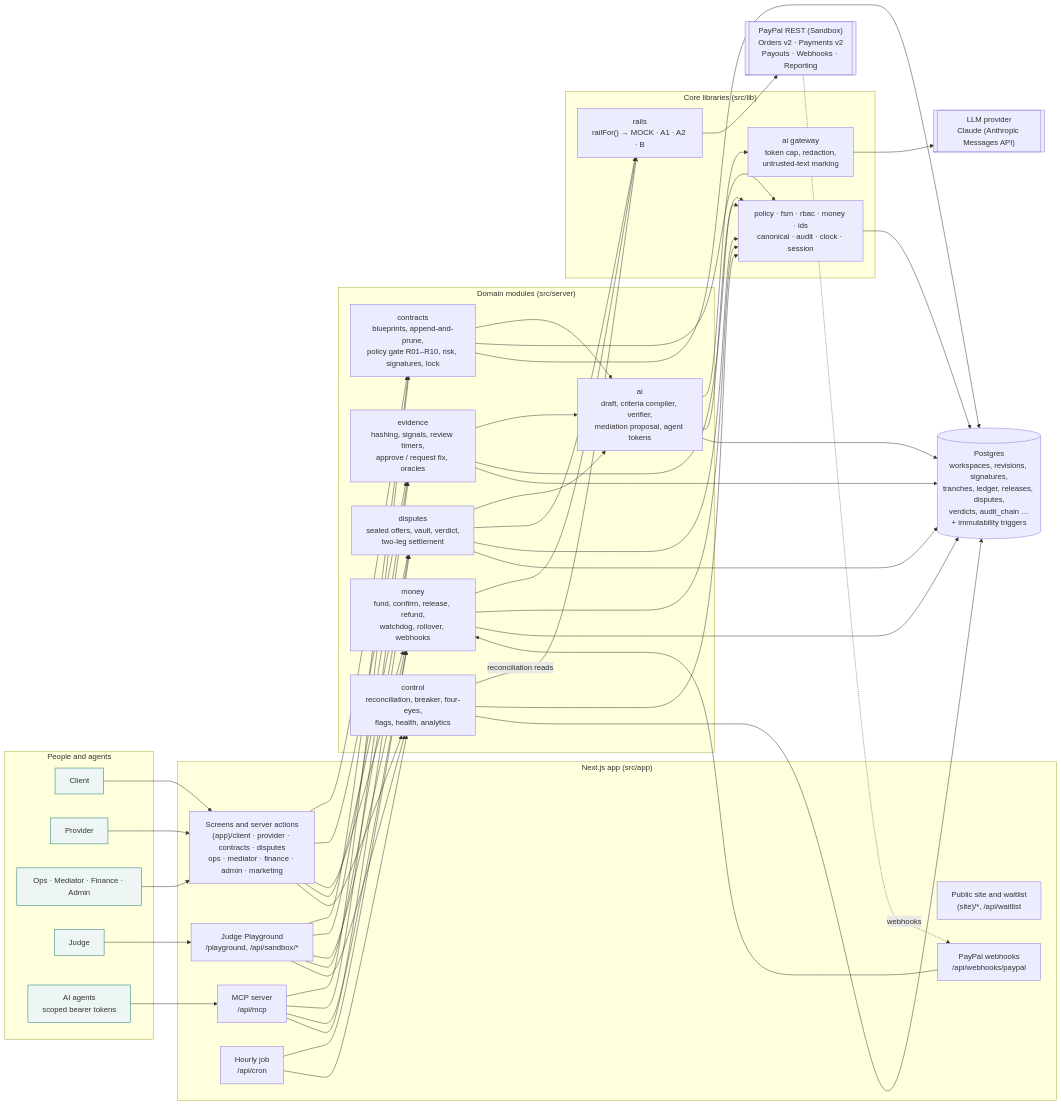
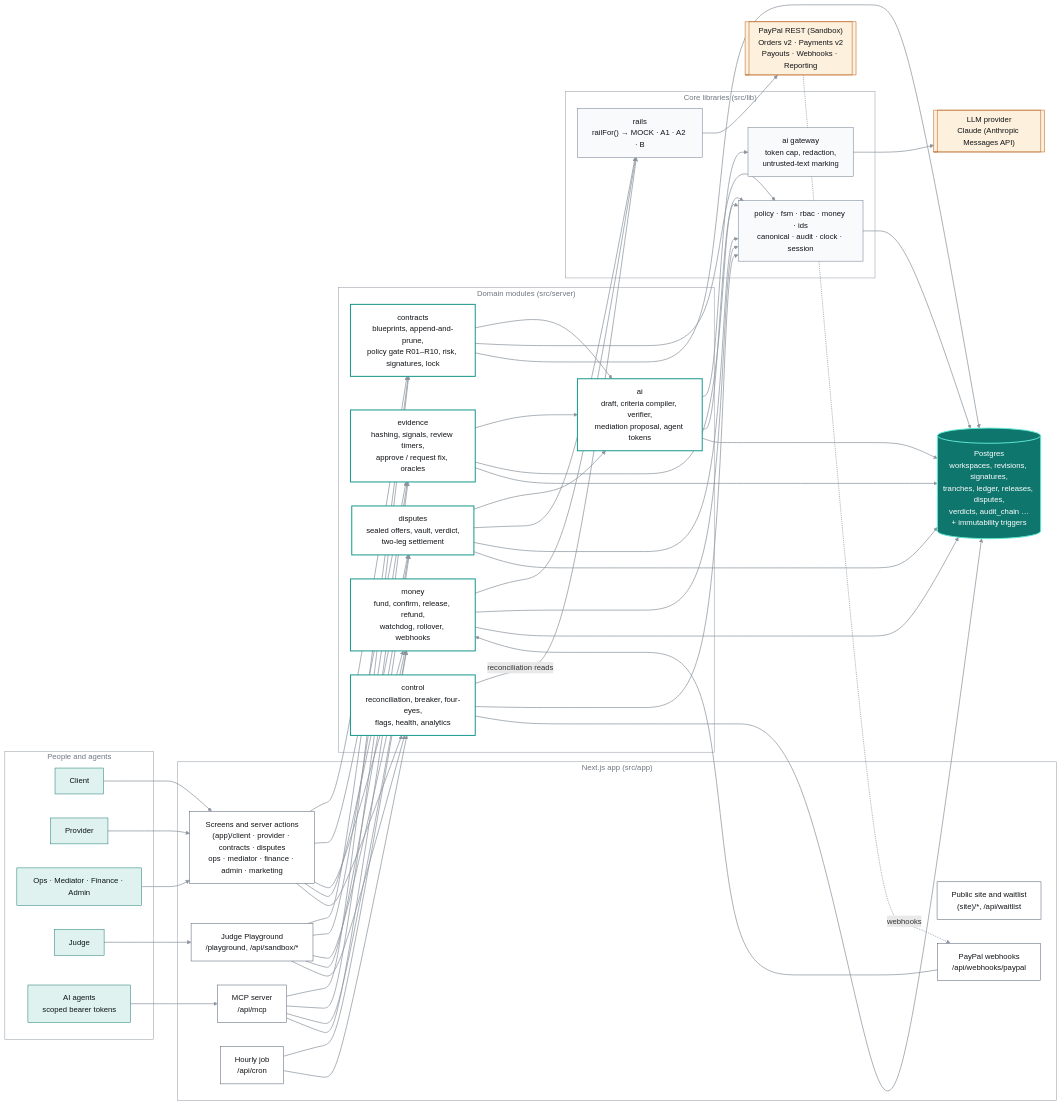
Before and after one commit to swaasthsewa/paysettle: the first of 2 diagrams in docs/architecture.md, drawn with Mermaid. The commit also changed 41 other files, not shown here.

First line of the commit message:
README: gallery and sponsor tools; architecture diagram readable in dark mode

````diff
--- a/docs/architecture.md
+++ b/docs/architecture.md
@@ -9,57 +9,72 @@
 ```mermaid
 flowchart LR
   subgraph People["People and agents"]
     C[Client]:::p
     P[Provider]:::p
     O[Ops · Mediator · Finance · Admin]:::p
     J[Judge]:::p
     AG[AI agents<br/>scoped bearer tokens]:::p
   end
 
   subgraph App["Next.js app (src/app)"]
     UI["Screens and server actions<br/>(app)/client · provider · contracts · disputes<br/>ops · mediator · finance · admin · marketing"]
     SITE["Public site and waitlist<br/>(site)/*, /api/waitlist"]
     PG["Judge Playground<br/>/playground, /api/sandbox/*"]
     MCP["MCP server<br/>/api/mcp"]
     WH["PayPal webhooks<br/>/api/webhooks/paypal"]
     CRON["Hourly job<br/>/api/cron"]
   end
 
   subgraph Domain["Domain modules (src/server)"]
     CT["contracts<br/>blueprints, append-and-prune,<br/>policy gate R01–R10, risk, signatures, lock"]
     EV["evidence<br/>hashing, signals, review timers,<br/>approve / request fix, oracles"]
     MO["money<br/>fund, confirm, release, refund,<br/>watchdog, rollover, webhooks"]
     DI["disputes<br/>sealed offers, vault, verdict,<br/>two-leg settlement"]
     AI["ai<br/>draft, criteria compiler, verifier,<br/>mediation proposal, agent tokens"]
     CTL["control<br/>reconciliation, breaker, four-eyes,<br/>flags, health, analytics"]
   end
 
   subgraph Lib["Core libraries (src/lib)"]
     RAILS["rails<br/>railFor() → MOCK · A1 · A2 · B"]
     POL["policy · fsm · rbac · money · ids<br/>canonical · audit · clock · session"]
     GW["ai gateway<br/>token cap, redaction,<br/>untrusted-text marking"]
   end
 
   DB[("Postgres<br/>workspaces, revisions, signatures,<br/>tranches, ledger, releases, disputes,<br/>verdicts, audit_chain …<br/>+ immutability triggers")]
   PP[["PayPal REST (Sandbox)<br/>Orders v2 · Payments v2<br/>Payouts · Webhooks · Reporting"]]
   LLM[["LLM provider<br/>Claude (Anthropic Messages API)"]]
 
   C & P & O --> UI
   J --> PG
   AG --> MCP
   UI --> CT & EV & MO & DI & CTL
   PG --> CT & EV & MO & DI & CTL
   MCP --> CT & EV & MO & DI
   WH --> MO
   CRON --> MO & CTL
   CT & EV & DI --> AI
   AI --> GW --> LLM
   MO & DI --> RAILS --> PP
   PP -. webhooks .-> WH
   CTL -- reconciliation reads --> RAILS
   CT & EV & MO & DI & CTL & AI --> POL
   POL --> DB
   CT & EV & MO & DI & CTL & AI --> DB
 
-  classDef p fill:#eef6f5,stroke:#0f766e
+  classDef p fill:#e0f2f0,stroke:#0f766e,color:#0b1514
+  classDef app fill:#ffffff,stroke:#475569,color:#111418
+  classDef dom fill:#ffffff,stroke:#0d9488,stroke-width:2px,color:#111418
+  classDef lib fill:#f8fafc,stroke:#64748b,color:#111418
+  classDef ext fill:#fdf0dc,stroke:#b45309,color:#111418
+  classDef db fill:#0f766e,stroke:#5eead4,stroke-width:2px,color:#ffffff
+  class UI,SITE,PG,MCP,WH,CRON app
+  class CT,EV,MO,DI,AI,CTL dom
+  class RAILS,POL,GW lib
+  class PP,LLM ext
+  class DB db
+  style People fill:none,stroke:#8b949e,color:#6e7781
+  style App fill:none,stroke:#8b949e,color:#6e7781
+  style Domain fill:none,stroke:#8b949e,color:#6e7781
+  style Lib fill:none,stroke:#8b949e,color:#6e7781
+  linkStyle default stroke:#8b949e,stroke-width:1.5px
 ```
````
